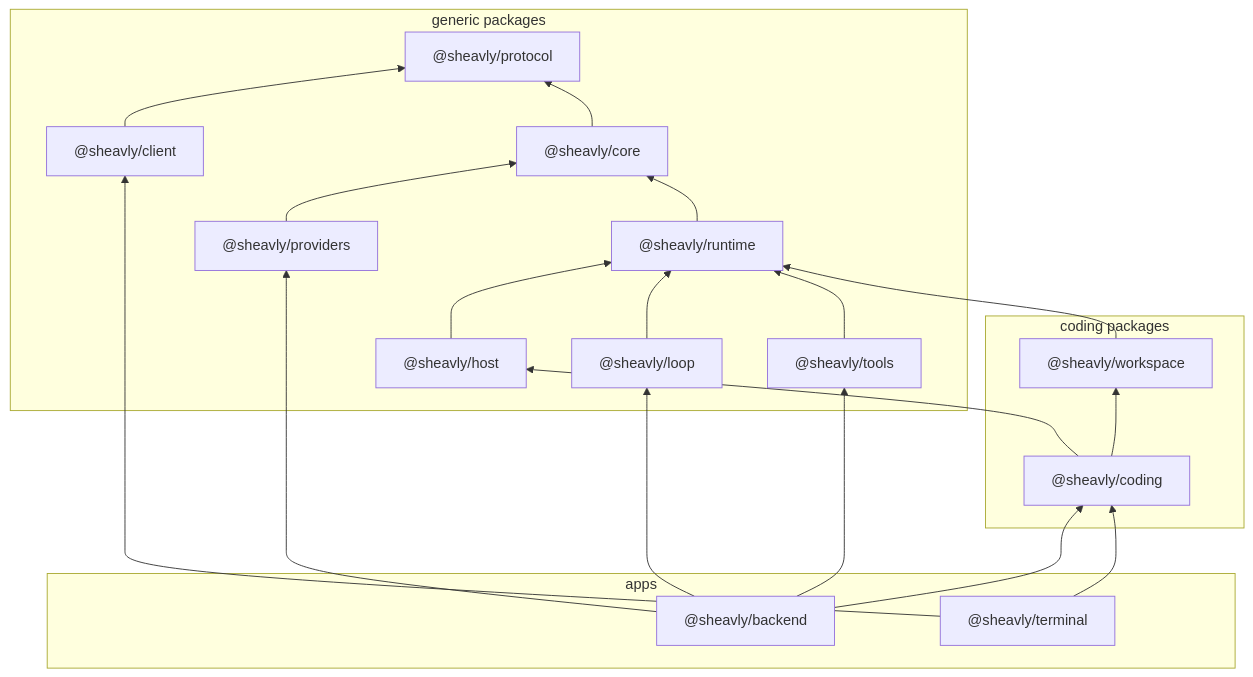
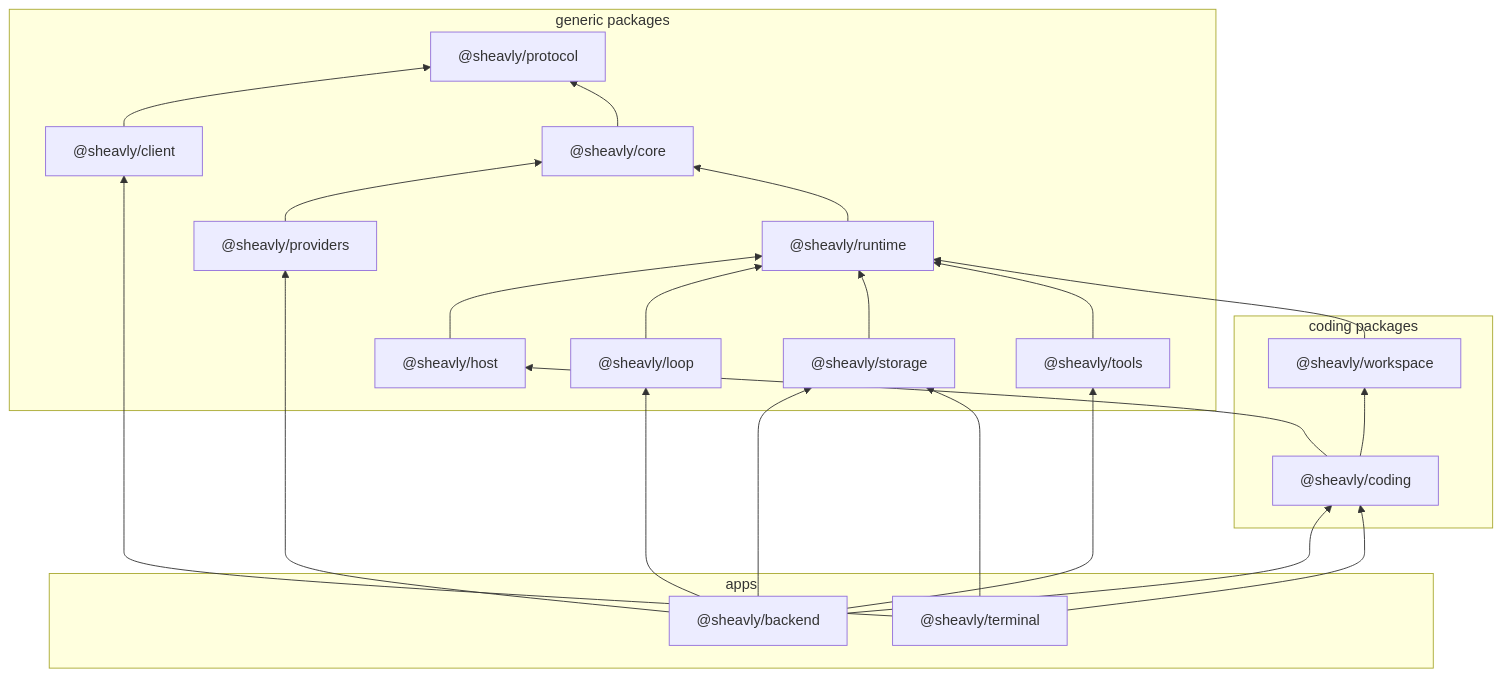
Before and after one commit to Sheavly/code: the diagram in docs/overview.md, drawn with Mermaid. The commit also changed other lines of this file and 631 other files, not shown here.

````diff
--- a/docs/overview.md
+++ b/docs/overview.md
@@ -35,37 +35,41 @@
 ```mermaid
 flowchart BT
   subgraph group_generic ["generic packages"]
     client["@sheavly/client"]
     core["@sheavly/core"]
     host["@sheavly/host"]
     loop["@sheavly/loop"]
     protocol["@sheavly/protocol"]
     providers["@sheavly/providers"]
     runtime["@sheavly/runtime"]
+    storage["@sheavly/storage"]
     tools["@sheavly/tools"]
   end
   subgraph group_coding ["coding packages"]
     coding["@sheavly/coding"]
     workspace["@sheavly/workspace"]
   end
   subgraph group_apps ["apps"]
     backend["@sheavly/backend"]
     terminal["@sheavly/terminal"]
   end
   backend --> coding
   backend --> loop
   backend --> providers
+  backend --> storage
   backend --> tools
   client --> protocol
   coding --> host
   coding --> workspace
   core --> protocol
   host --> runtime
   loop --> runtime
   providers --> core
   runtime --> core
+  storage --> runtime
   terminal --> client
   terminal --> coding
+  terminal --> storage
   tools --> runtime
   workspace --> runtime
 ```
````
